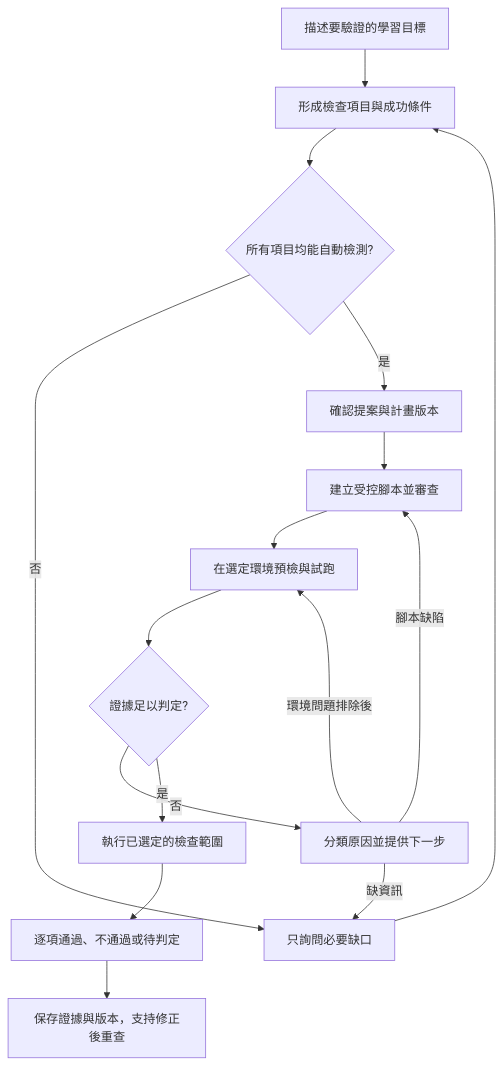
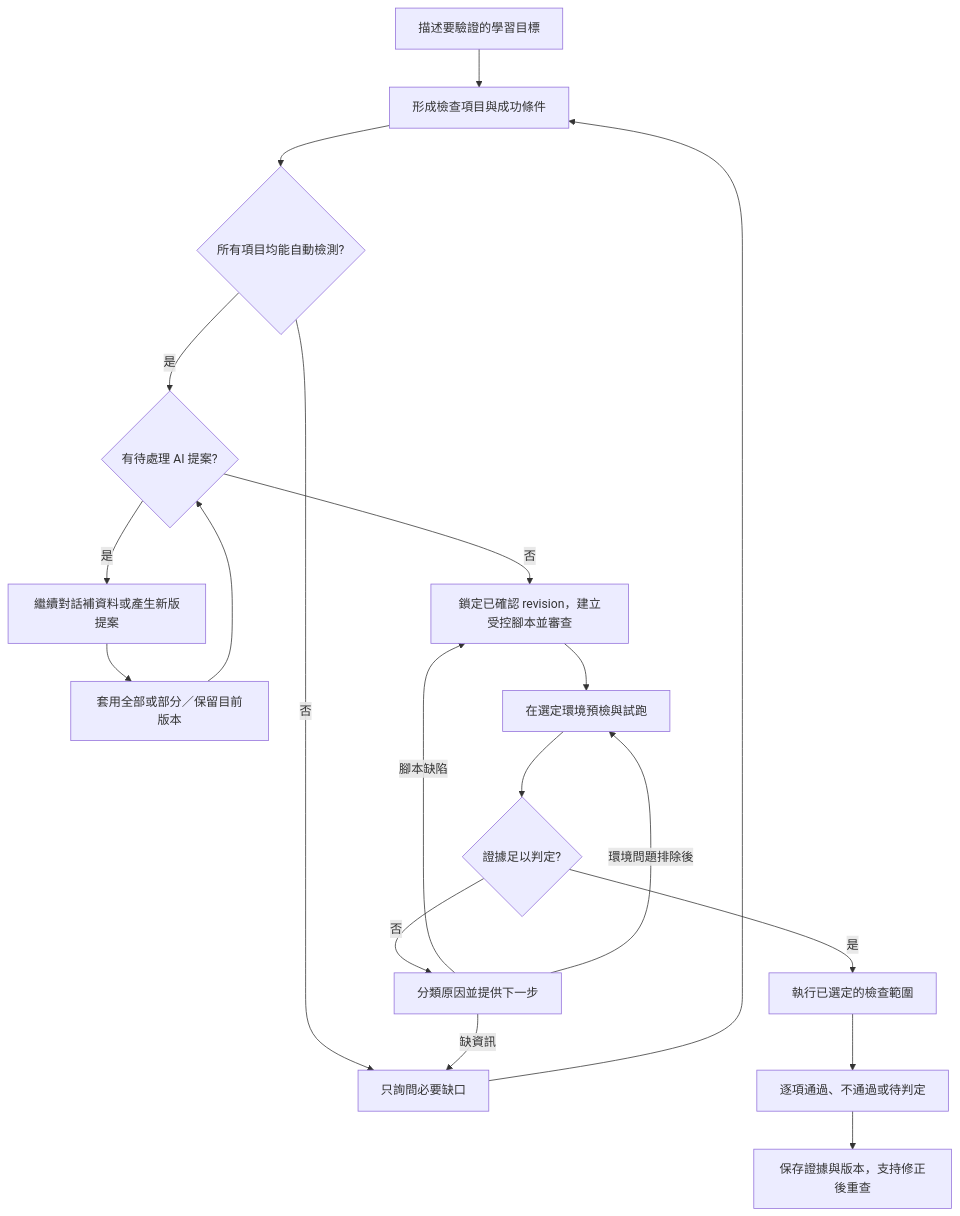
Before and after one commit to young878787/Campus-Cloud: the diagram in docs/2026-09-09-ai-check-workflow-review.md, drawn with Mermaid. The commit also changed other lines of this file and 4 other files, not shown here.

````diff
--- a/docs/2026-09-09-ai-check-workflow-review.md
+++ b/docs/2026-09-09-ai-check-workflow-review.md
@@ -133,18 +220,21 @@
 ```mermaid
 flowchart TD
     A[描述要驗證的學習目標] --> B[形成檢查項目與成功條件]
     B --> C{所有項目均能自動檢測?}
     C -- 否 --> D[只詢問必要缺口]
     D --> B
-    C -- 是 --> E[確認提案與計畫版本]
-    E --> F[建立受控腳本並審查]
+    C -- 是 --> E{有待處理 AI 提案?}
+    E -- 是 --> M[繼續對話補資料或產生新版提案]
+    M --> N[套用全部或部分／保留目前版本]
+    N --> E
+    E -- 否 --> F[鎖定已確認 revision，建立受控腳本並審查]
     F --> G[在選定環境預檢與試跑]
     G --> H{證據足以判定?}
     H -- 否 --> I[分類原因並提供下一步]
     I -- 缺資訊 --> D
     I -- 腳本缺陷 --> F
     I -- 環境問題排除後 --> G
     H -- 是 --> J[執行已選定的檢查範圍]
     J --> K[逐項通過、不通過或待判定]
     K --> L[保存證據與版本，支持修正後重查]
 ```
````
